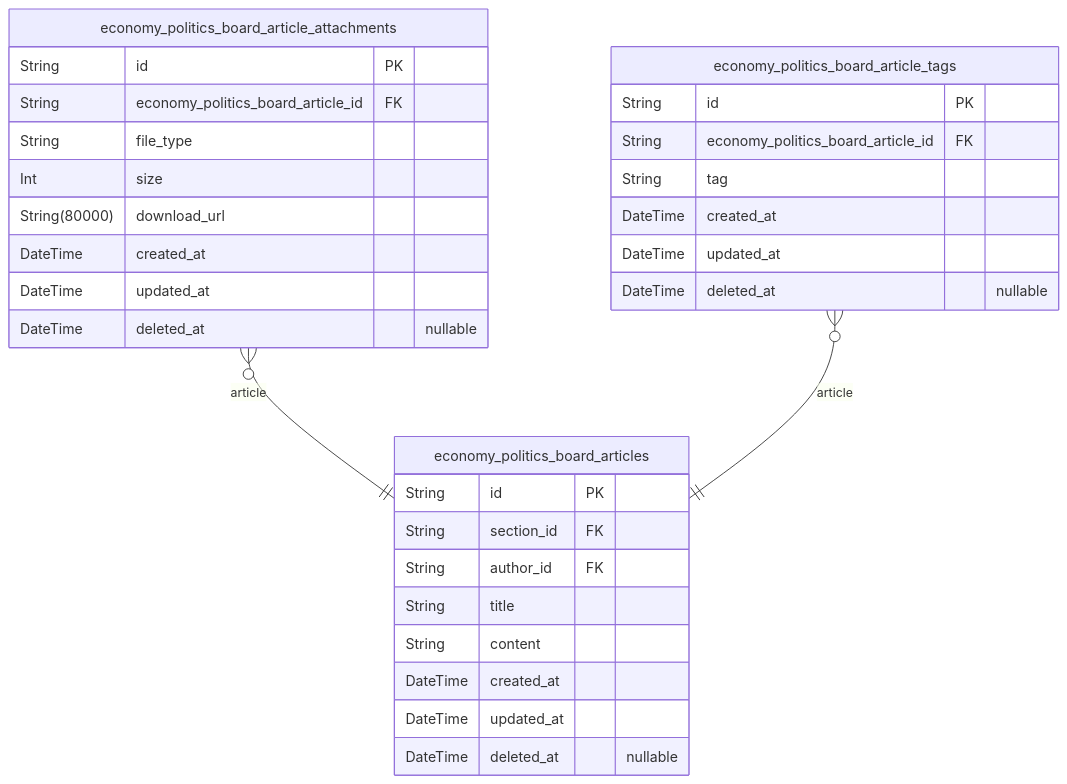
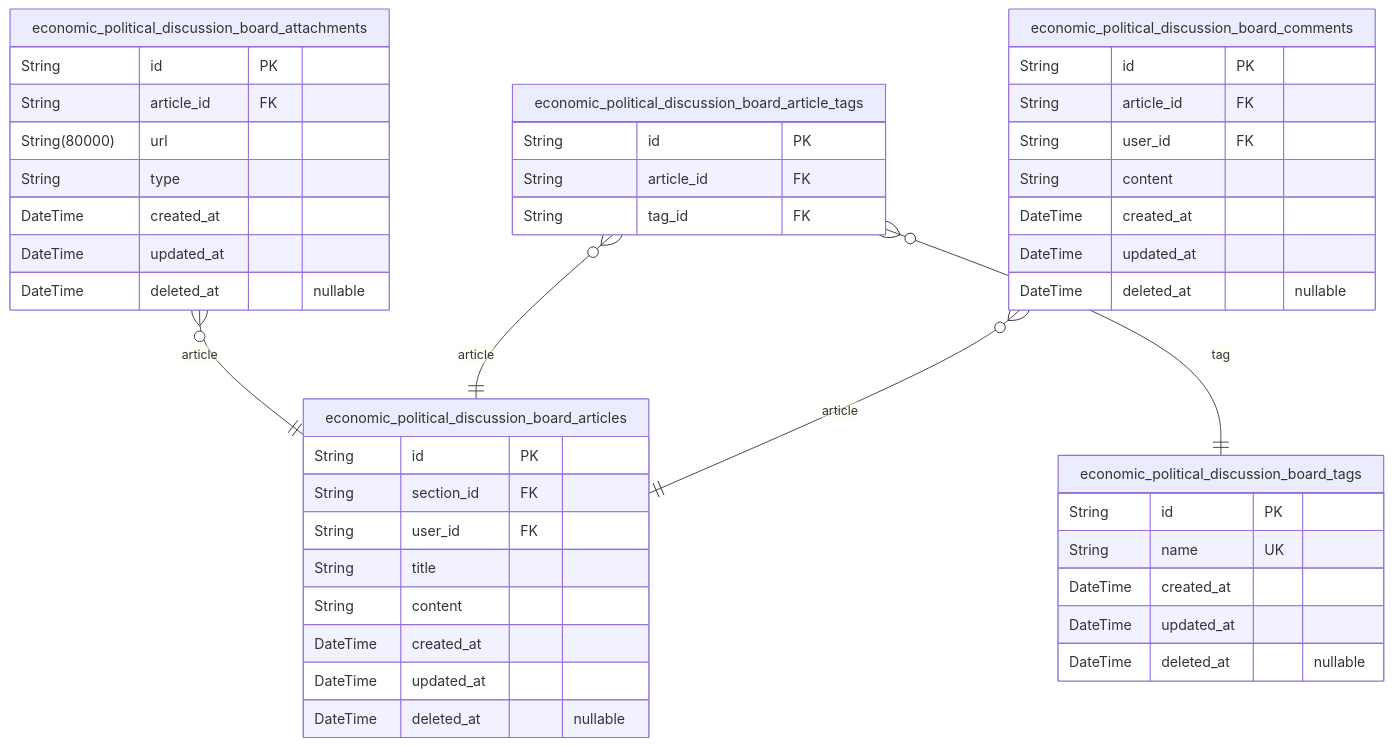
One commit to wrtnlabs/autobe-examples changed the third of 6 diagrams in qwen/qwen3-30b-a3b-thinking-2507/bbs/docs/ERD.md. Above: the diagram before and after it, drawn with Mermaid. The commit also changed other lines of this file and 25939 other files, not shown here.

````diff
--- a/qwen/qwen3-30b-a3b-thinking-2507/bbs/docs/ERD.md
+++ b/qwen/qwen3-30b-a3b-thinking-2507/bbs/docs/ERD.md
@@ -524,33 +357,47 @@
 ```mermaid
 erDiagram
-"economy_politics_board_articles" {
+"economic_political_discussion_board_articles" {
   String id PK
   String section_id FK
-  String author_id FK
+  String user_id FK
   String title
   String content
   DateTime created_at
   DateTime updated_at
   DateTime deleted_at "nullable"
 }
-"economy_politics_board_article_attachments" {
+"economic_political_discussion_board_attachments" {
   String id PK
-  String economy_politics_board_article_id FK
-  String file_type
-  Int size
-  String(80000) download_url
+  String article_id FK
+  String(80000) url
+  String type
   DateTime created_at
   DateTime updated_at
   DateTime deleted_at "nullable"
 }
-"economy_politics_board_article_tags" {
+"economic_political_discussion_board_tags" {
   String id PK
-  String economy_politics_board_article_id FK
-  String tag
+  String name UK
   DateTime created_at
   DateTime updated_at
   DateTime deleted_at "nullable"
 }
-"economy_politics_board_article_attachments" }o--|| "economy_politics_board_articles" : article
-"economy_politics_board_article_tags" }o--|| "economy_politics_board_articles" : article
+"economic_political_discussion_board_article_tags" {
+  String id PK
+  String article_id FK
+  String tag_id FK
+}
+"economic_political_discussion_board_comments" {
+  String id PK
+  String article_id FK
+  String user_id FK
+  String content
+  DateTime created_at
+  DateTime updated_at
+  DateTime deleted_at "nullable"
+}
+"economic_political_discussion_board_attachments" }o--|| "economic_political_discussion_board_articles" : article
+"economic_political_discussion_board_article_tags" }o--|| "economic_political_discussion_board_articles" : article
+"economic_political_discussion_board_article_tags" }o--|| "economic_political_discussion_board_tags" : tag
+"economic_political_discussion_board_comments" }o--|| "economic_political_discussion_board_articles" : article
 ```
````
